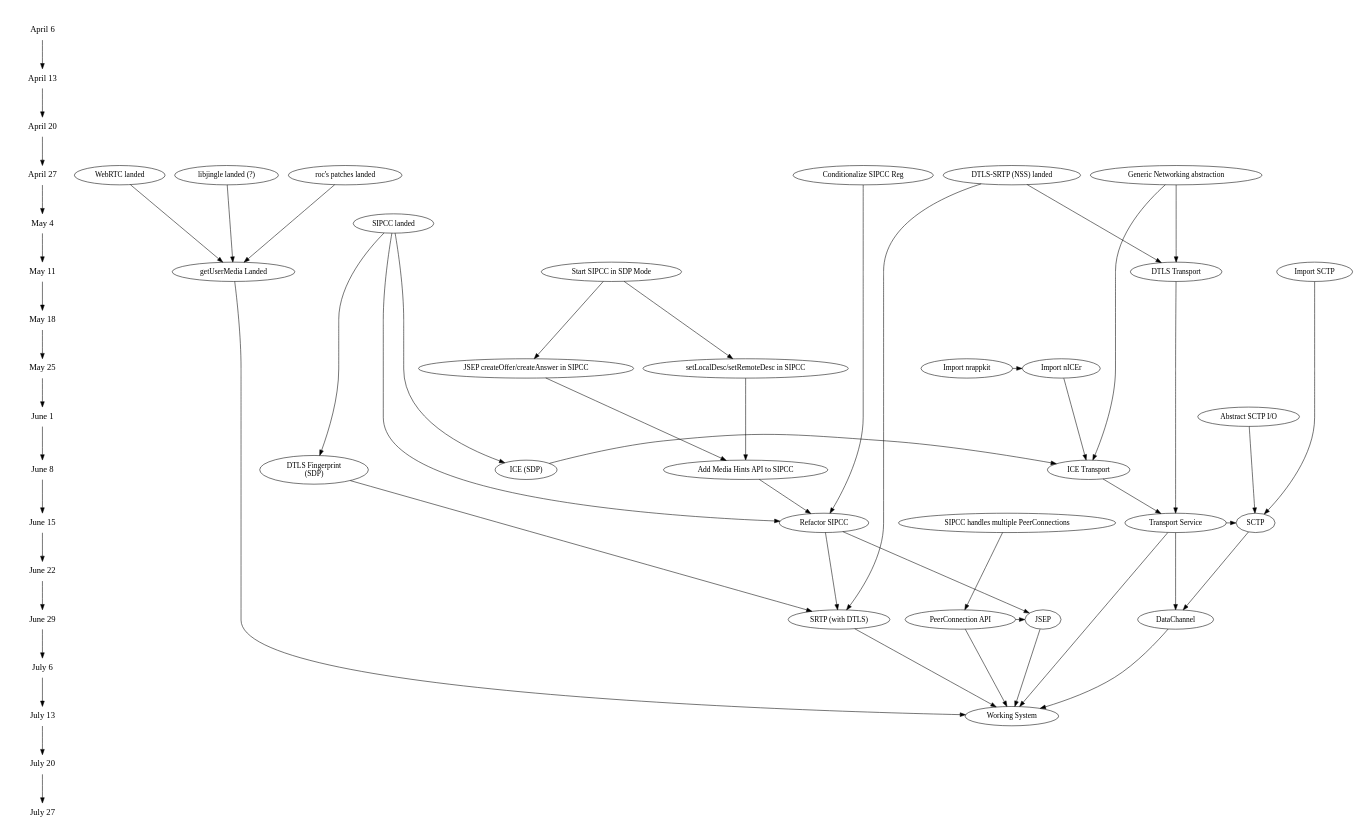
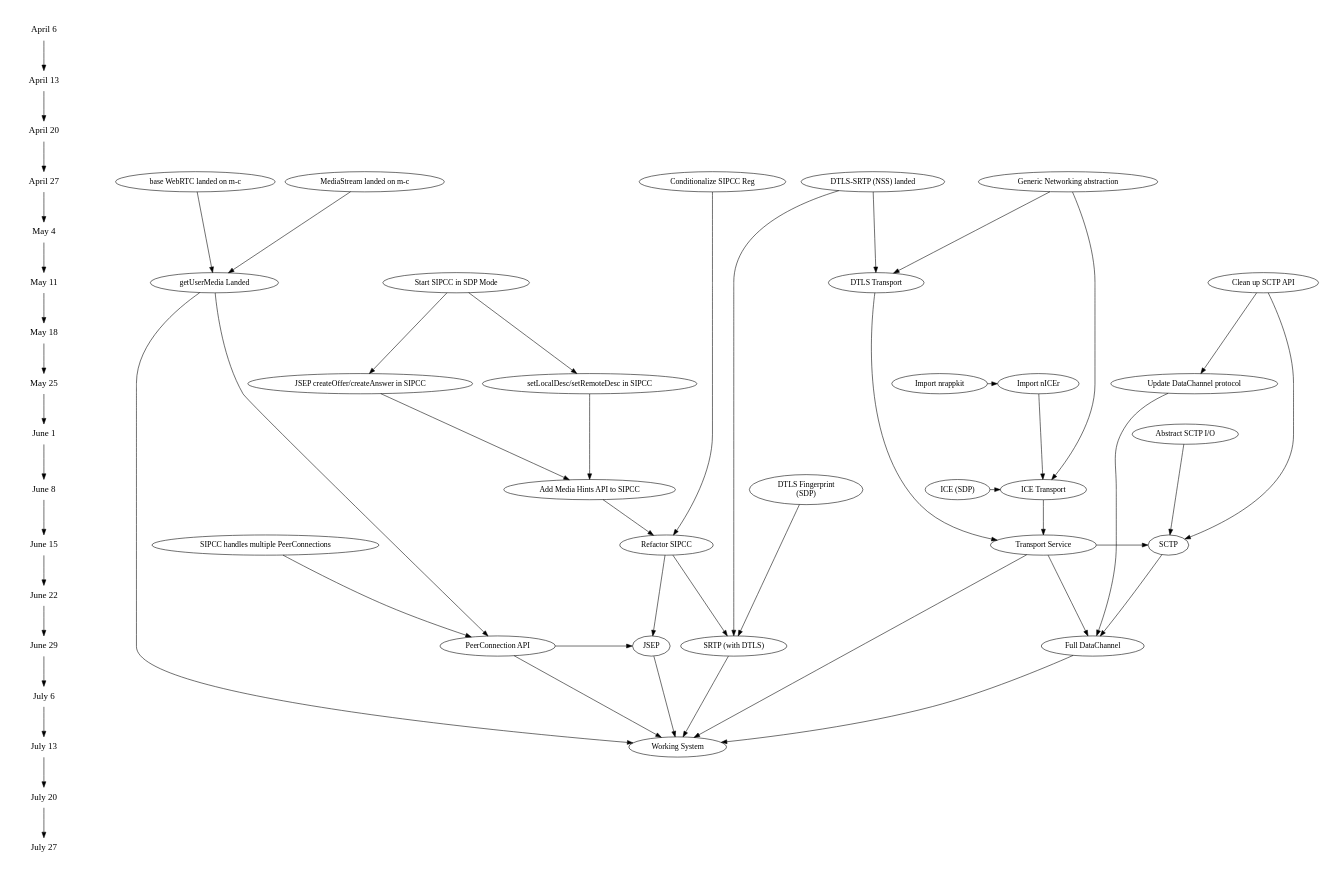
One commit to mozilla/webrtc changed the diagram in planning/webrtc.dot. Above: the diagram before and after it, drawn with Graphviz. The commit also changed 1 other file, not shown here.

Commit message:
removed some 'landing' entries, rework sctp

```diff
--- a/planning/webrtc.dot
+++ b/planning/webrtc.dot
@@ -1,101 +1,96 @@
 digraph G {
 ranksep=.75; size = "7.5,7.5";
 {
 node [shape=plaintext, fontsize=16]; /* the time-line graph */ 
      "April 6" -> "April 13"-> "April 20"-> "April 27"-> "May 4"-> "May 11"-> "May 18"-> "May 25"-> "June 1"-> "June 8"-> "June 15"-> "June 22"-> "June 29"-> "July 6"-> "July 13"-> "July 20"-> "July 27"
 }
 
 	{rank = same; "April 27";
-	   webrtc [label = "WebRTC landed"];
-	   libjingle [label = "libjingle landed (?)"];
-	   roc [label = "roc's patches landed"];
+	   webrtc [label = "base WebRTC landed on m-c"];
+	   mediastream [label = "MediaStream landed on m-c"];
 	   genericio [label = "Generic Networking abstraction"]
 	   dtlssrtp [label = "DTLS-SRTP (NSS) landed"]
 	   sipccnoreg [ label = "Conditionalize SIPCC Reg"]
         }
 
-	{rank = same; "May 4";
-	   sipccimport [label = "SIPCC landed"]
-	}
-		
-
 	{rank = same; "May 11";
 	   getusermedia [label = "getUserMedia Landed"]
-	   sctpimport [label = "Import SCTP"];
 	   dtlstransport [label = "DTLS Transport" ];
+	   sctpupdate [label = "Clean up SCTP API"];
 	   sipccsdp [ label = "Start SIPCC in SDP Mode"];
 	}
 	dtlssrtp -> dtlstransport
 	genericio -> dtlstransport
 	
 	{rank = same; "May 25";
 	   nicer [label = "Import nICEr"];
 	   nrappkit [label = "Import nrappkit"];
            sipccjsep [ label = "JSEP createOffer/createAnswer in SIPCC"];
 	   sipccsetdesc [ label = "setLocalDesc/setRemoteDesc in SIPCC"];
+	   datachannelupdate [label = "Update DataChannel protocol"];
         }	   	   
 	nrappkit -> nicer
         sipccsdp -> sipccjsep
         sipccsdp->sipccsetdesc
 
 	{rank = same; "June 1";
 	   sctpio [ label = "Abstract SCTP I/O"]
         }
 	
 
 	{rank = same; "June 8";
 	   icetransport [ label = "ICE Transport"];
 	   dtlsfingerprint [ label = "DTLS Fingerprint\n(SDP)"];
 	   iceparams [label = "ICE (SDP)"];
            sipccmediahints [ label = "Add Media Hints API to SIPCC"];
 	}
-	sipccimport -> iceparams
-	sipccimport -> dtlsfingerprint
+
 	nicer -> icetransport
         sipccjsep -> sipccmediahints
         sipccsetdesc -> sipccmediahints
 	genericio -> icetransport
 	iceparams -> icetransport
 
 	{rank = same; "June 15";
 	   transport [label = "Transport Service"];
 	   sctp [label = "SCTP"];
 	   sipccrefactor [label = "Refactor SIPCC"];
            sipccmultipeerconn [label = "SIPCC handles multiple PeerConnections"]
 	 } 
-	 sipccimport -> sipccrefactor
 	 sipccnoreg -> sipccrefactor
 	 sipccmediahints -> sipccrefactor
 	 sipccrefactor -> "JSEP"
 	 dtlstransport -> transport
 	 icetransport -> transport
 
         {rank = same; "June 29"; 
 	   peerconnection [label = "PeerConnection API"]; JSEP;
-	   datachannel [label = "DataChannel"];
+	   datachannel [label = "Full DataChannel"];
 	   srtp [label = "SRTP (with DTLS)"] }
         dtlsfingerprint -> srtp
 	dtlssrtp -> srtp
 	sipccrefactor -> srtp
         sipccmultipeerconn -> peerconnection
 
         {rank = same; "July 13"; 
 	   working [ label = "Working System" ] }
 	
-        roc->getusermedia
+        mediastream->getusermedia
 	webrtc->getusermedia
-	libjingle->getusermedia
 	
 	transport -> working
 	transport -> datachannel
+	getusermedia -> peerconnection
+	getusermedia -> working
 	peerconnection -> working
 	peerconnection -> "JSEP"
 	"JSEP" -> working
 	sctpio-> sctp
-	sctpimport -> sctp
+	sctpupdate -> sctp
+	sctpupdate -> datachannelupdate
+	datachannelupdate -> datachannel
 	sctp -> datachannel
 	transport ->sctp
-	getusermedia -> working
 	datachannel -> working
 	srtp -> working
 }
```
